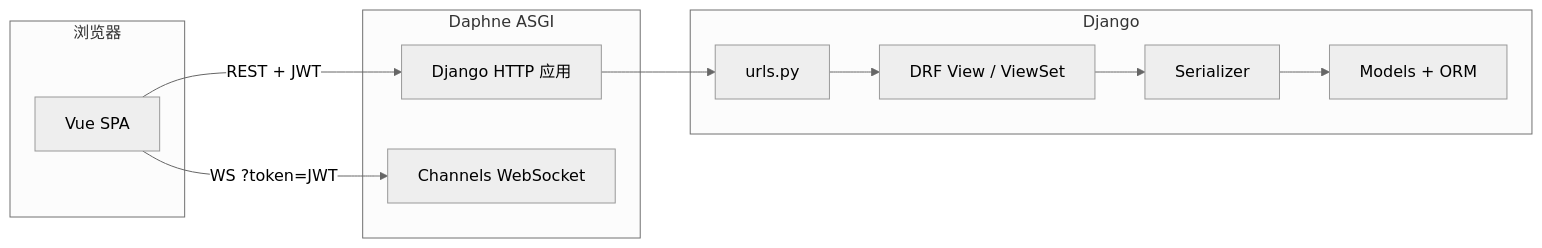
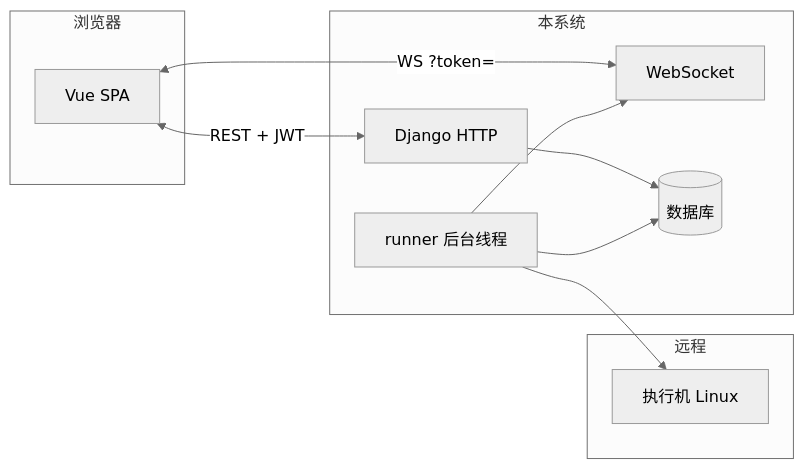
One commit to Kiritoabc/tpops_deployment changed the diagram in docs/PLATFORM_REFERENCE.md. Above: the diagram before and after it, drawn with Mermaid (neutral theme). The commit also changed other lines of this file and 17 other files, not shown here.

````diff
--- a/docs/PLATFORM_REFERENCE.md
+++ b/docs/PLATFORM_REFERENCE.md
@@ -105,19 +36,21 @@
 ```mermaid
 flowchart LR
-  subgraph Client[浏览器]
+  subgraph 浏览器
     SPA[Vue SPA]
   end
-  subgraph ASGI[Daphne ASGI]
-    HTTP[Django HTTP 应用]
-    WS[Channels WebSocket]
+  subgraph 本系统
+    HTTP[Django HTTP]
+    WS[WebSocket]
+    RUN[runner 后台线程]
+    DB[(数据库)]
   end
-  subgraph Django[Django]
-    URL[urls.py]
-    V[DRF View / ViewSet]
-    S[Serializer]
-    M[Models + ORM]
+  subgraph 远程
+    SSH[执行机 Linux]
   end
-  SPA -->|REST + JWT| HTTP
-  SPA -->|WS ?token=JWT| WS
-  HTTP --> URL --> V --> S --> M
+  SPA <-->|REST + JWT| HTTP
+  SPA <-->|WS ?token=| WS
+  HTTP --> DB
+  RUN --> DB
+  RUN --> SSH
+  RUN --> WS
 ```
````
